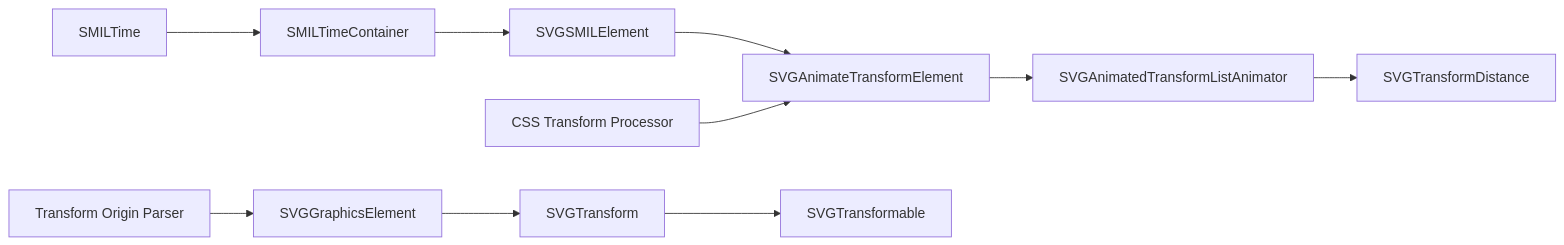
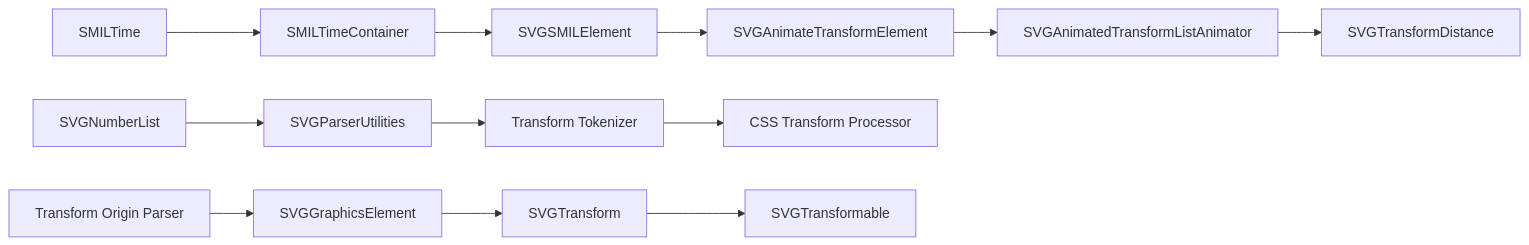
One commit to denisnadey/flutter_full_svg_support changed the ninth of 9 diagrams in .qoder/repowiki/en/content/Smil Transforms.md. Above: the diagram before and after it, drawn with Mermaid. The commit also changed other lines of this file and 8 other files, not shown here.

````diff
--- a/.qoder/repowiki/en/content/Smil Transforms.md
+++ b/.qoder/repowiki/en/content/Smil Transforms.md
@@ -385,12 +488,14 @@
 ```mermaid
 graph LR
 SMILTime["SMILTime"] --> SMILTimeContainer["SMILTimeContainer"]
 SMILTimeContainer --> SVGSMILElement["SVGSMILElement"]
 SVGSMILElement --> SVGAnimateTransformElement["SVGAnimateTransformElement"]
 SVGAnimateTransformElement --> SVGAnimatedTransformList["SVGAnimatedTransformListAnimator"]
 SVGAnimatedTransformList --> SVGTransformDistance["SVGTransformDistance"]
-CSSProcessor["CSS Transform Processor"] --> SVGAnimateTransformElement
+SVGNumberList["SVGNumberList"] --> SVGParserUtilities["SVGParserUtilities"]
+SVGParserUtilities --> TransformTokenizer["Transform Tokenizer"]
+TransformTokenizer --> CSSProcessor["CSS Transform Processor"]
 TransformOrigin["Transform Origin Parser"] --> SVGGraphicsElement["SVGGraphicsElement"]
 SVGGraphicsElement --> SVGTransform["SVGTransform"]
 SVGTransform --> SVGTransformable["SVGTransformable"]
 ```
````
